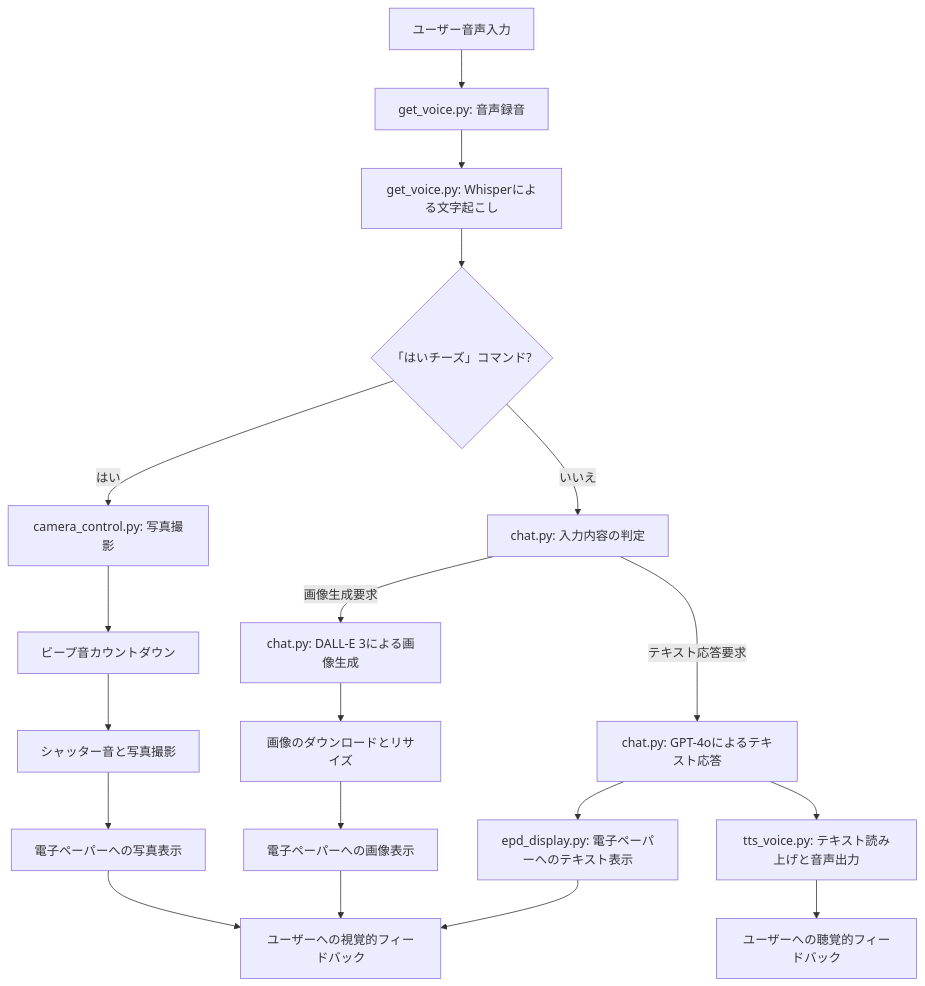
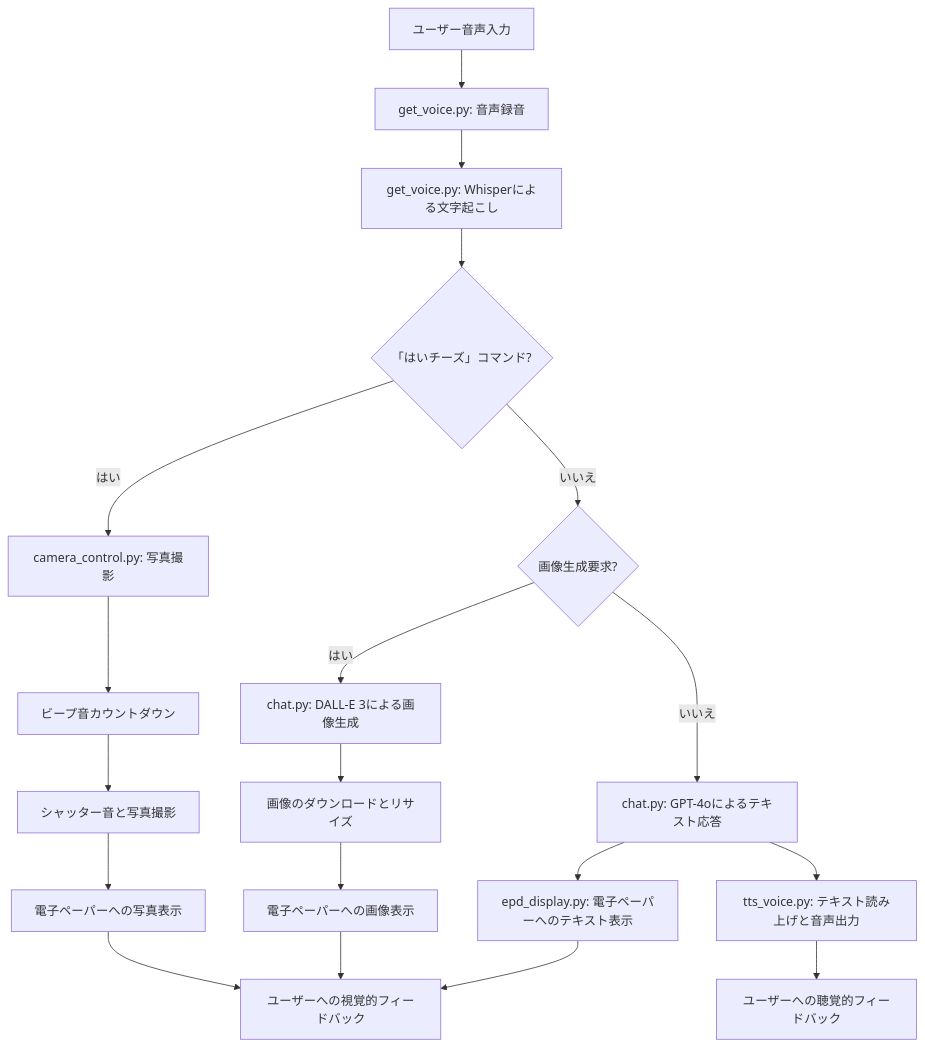
One commit to ym-dskr/auto_speaker changed the diagram in README.md. Above: the diagram before and after it, drawn with Mermaid. The commit also changed 3 other files, not shown here.

````diff
--- a/README.md
+++ b/README.md
@@ -97,21 +97,21 @@
 ```mermaid
 graph TD
     A[ユーザー音声入力] --> B[get_voice.py: 音声録音]
     B --> C[get_voice.py: Whisperによる文字起こし]
     C --> D1{「はいチーズ」コマンド?}
     D1 -->|はい| E1[camera_control.py: 写真撮影]
     E1 --> F1[ビープ音カウントダウン]
     F1 --> G1[シャッター音と写真撮影]
     G1 --> H1[電子ペーパーへの写真表示]
-    D1 -->|いいえ| D2[chat.py: 入力内容の判定]
-    D2 -->|画像生成要求| E2[chat.py: DALL-E 3による画像生成]
-    D2 -->|テキスト応答要求| F2[chat.py: GPT-4oによるテキスト応答]
+    D1 -->|いいえ| D2{画像生成要求?}
+    D2 --> |はい| E2[chat.py: DALL-E 3による画像生成]
+    D2 --> |いいえ| F2[chat.py: GPT-4oによるテキスト応答]
     E2 --> G2[画像のダウンロードとリサイズ]
     G2 --> H2[電子ペーパーへの画像表示]
     F2 --> I[epd_display.py: 電子ペーパーへのテキスト表示]
     F2 --> J[tts_voice.py: テキスト読み上げと音声出力]
     H1 --> K[ユーザーへの視覚的フィードバック]
     H2 --> K
     I --> K
     J --> L[ユーザーへの聴覚的フィードバック]
 ```
````
